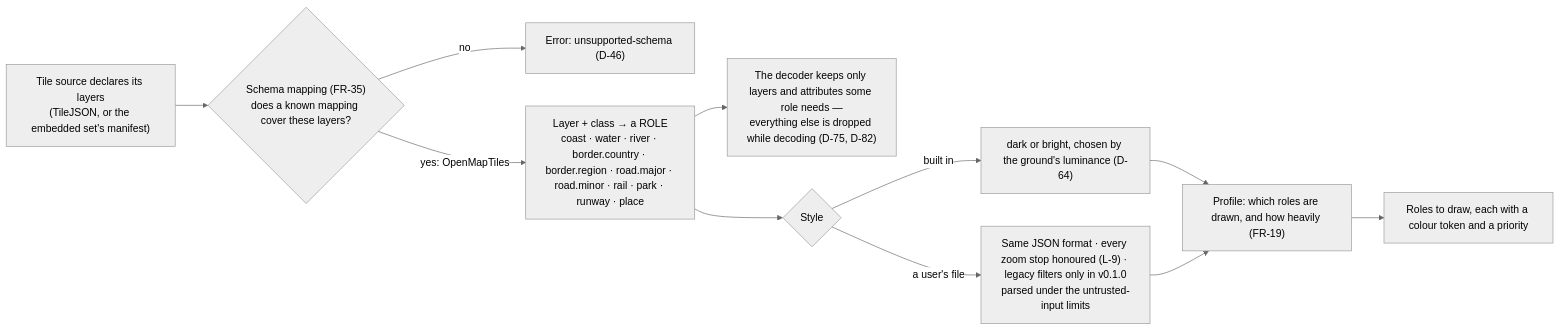
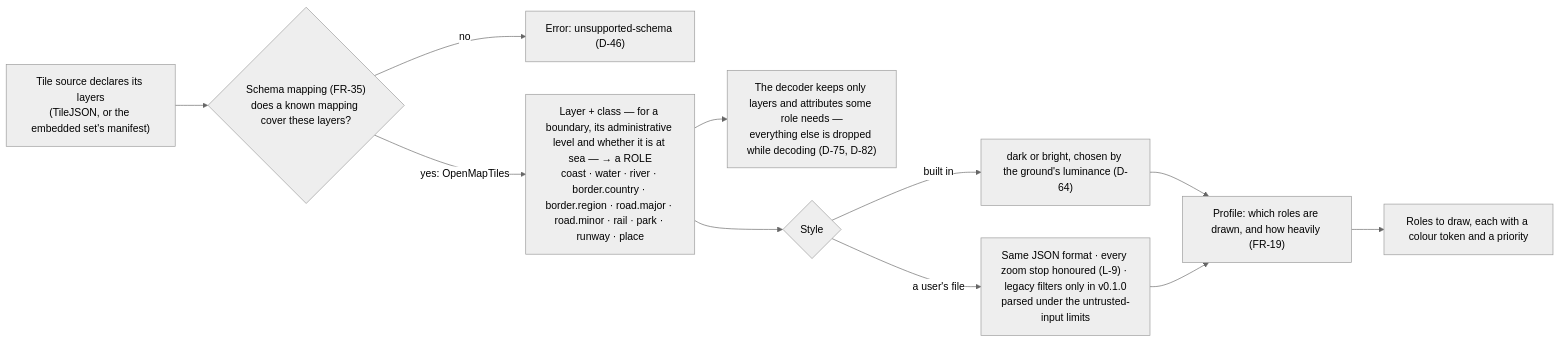
One commit to branden-thompson/go-tuimaps changed the first of 3 diagrams in 06_docs/02_features/go-tuimaps/03-architecture-design/L2-style.md. Above: the diagram before and after it, drawn with Mermaid (neutral theme). The commit also changed 96 other files, not shown here.

First line of the commit message:
Keep what OpenMapTiles really carries: levels, the sea flag, rank

````diff
--- a/06_docs/02_features/go-tuimaps/03-architecture-design/L2-style.md
+++ b/06_docs/02_features/go-tuimaps/03-architecture-design/L2-style.md
@@ -7,13 +7,13 @@
 ```mermaid
 flowchart LR
     SRC["Tile source declares its layers<br/>(TileJSON, or the embedded set's manifest)"] --> MAP{"Schema mapping (FR-35)<br/>does a known mapping cover these layers?"}
     MAP -- no --> UNS["Error: unsupported-schema (D-46)"]
-    MAP -- "yes: OpenMapTiles" --> ROLES["Layer + class → a ROLE<br/>coast · water · river · border.country · border.region · road.major · road.minor · rail · park · runway · place"]
+    MAP -- "yes: OpenMapTiles" --> ROLES["Layer + class — for a boundary, its administrative level and whether it is at sea — → a ROLE<br/>coast · water · river · border.country · border.region · road.major · road.minor · rail · park · runway · place"]
     ROLES --> DEC["The decoder keeps only layers and attributes some role needs —<br/>everything else is dropped while decoding (D-75, D-82)"]
     ROLES --> STYLE{"Style"}
     STYLE -- "built in" --> BI["dark or bright, chosen by the ground's luminance (D-64)"]
     STYLE -- "a user's file" --> UF["Same JSON format · every zoom stop honoured (L-9) · legacy filters only in v0.1.0<br/>parsed under the untrusted-input limits"]
     BI --> PROF
     UF --> PROF
     PROF["Profile: which roles are drawn, and how heavily (FR-19)"] --> OUT["Roles to draw, each with a colour token and a priority"]
 ```
````
